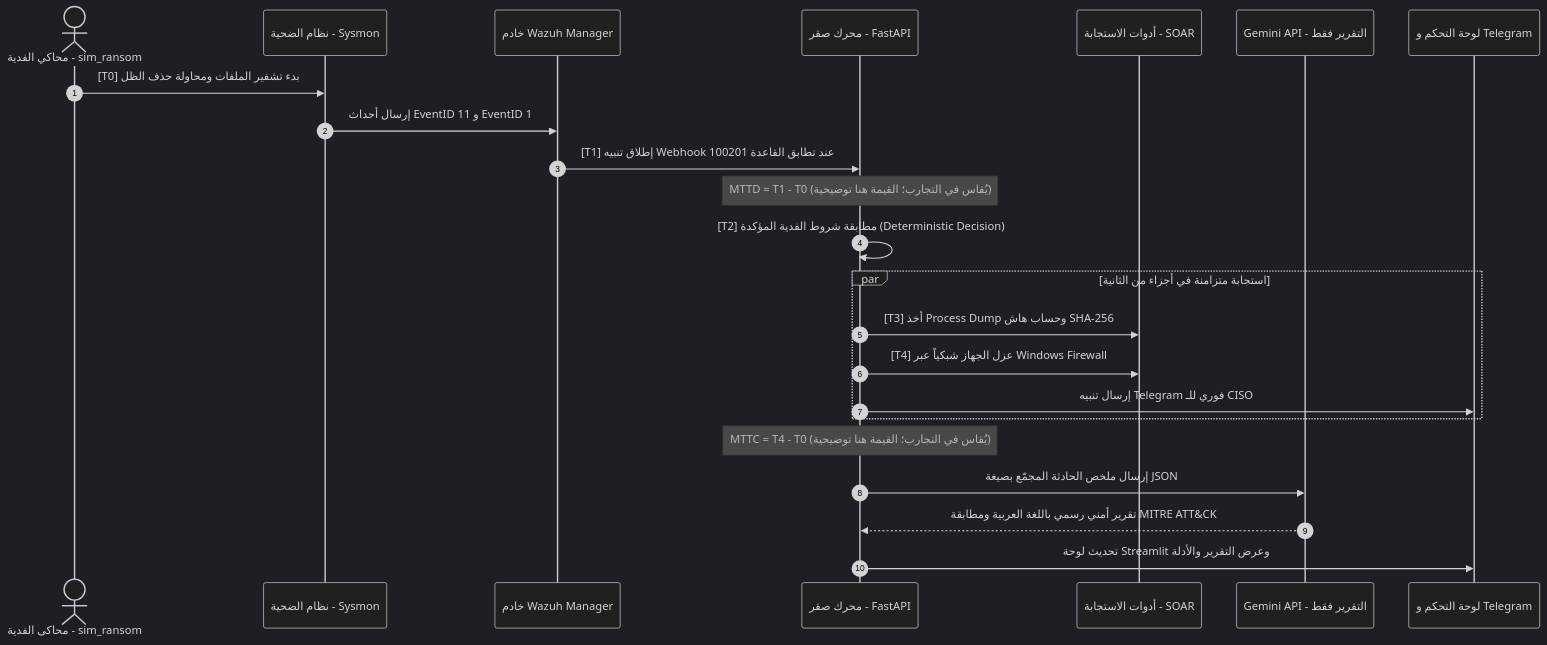
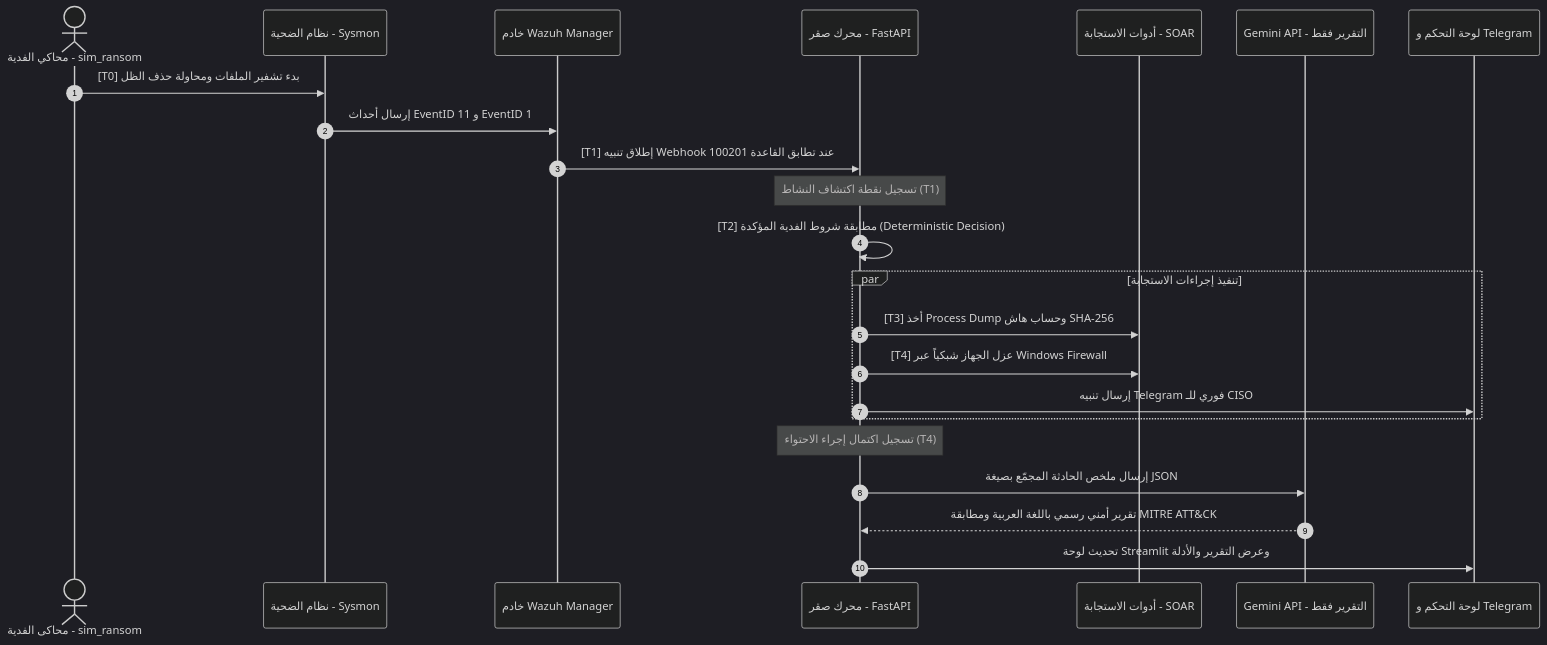
The second of 2 diagrams in README.md (omar123JR/SAQR), drawn with Mermaid (dark theme) before and after one commit. The commit also changed other lines of this file, not shown here.

````diff
--- a/README.md
+++ b/README.md
@@ -149,26 +148,26 @@
 ```mermaid
 sequenceDiagram
     autonumber
     actor Attacker as محاكي الفدية - sim_ransom
     participant Victim as نظام الضحية - Sysmon
     participant Wazuh as خادم Wazuh Manager
     participant Engine as محرك صقر - FastAPI
     participant Actions as أدوات الاستجابة - SOAR
     participant AI as Gemini API - التقرير فقط
     participant SOC as لوحة التحكم و Telegram
 
     Attacker->>Victim: [T0] بدء تشفير الملفات ومحاولة حذف الظل
     Victim->>Wazuh: إرسال أحداث EventID 11 و EventID 1
     Wazuh->>Engine: [T1] إطلاق تنبيه Webhook عند تطابق القاعدة 100201
-    Note over Engine: MTTD = T1 - T0 (يُقاس في التجارب؛ القيمة هنا توضيحية)
+    Note over Engine: تسجيل نقطة اكتشاف النشاط (T1)
     Engine->>Engine: [T2] مطابقة شروط الفدية المؤكدة (Deterministic Decision)
-    par استجابة متزامنة في أجزاء من الثانية
+    par تنفيذ إجراءات الاستجابة
         Engine->>Actions: [T3] أخذ Process Dump وحساب هاش SHA-256
         Engine->>Actions: [T4] عزل الجهاز شبكياً عبر Windows Firewall
         Engine->>SOC: إرسال تنبيه Telegram فوري للـ CISO
     end
-    Note over Engine: MTTC = T4 - T0 (يُقاس في التجارب؛ القيمة هنا توضيحية)
+    Note over Engine: تسجيل اكتمال إجراء الاحتواء (T4)
     Engine->>AI: إرسال ملخص الحادثة المجمّع بصيغة JSON
     AI-->>Engine: تقرير أمني رسمي باللغة العربية ومطابقة MITRE ATT&CK
     Engine->>SOC: تحديث لوحة Streamlit وعرض التقرير والأدلة
 ```
````
